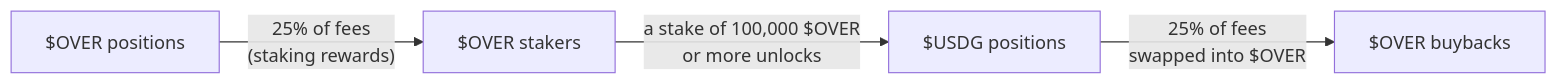
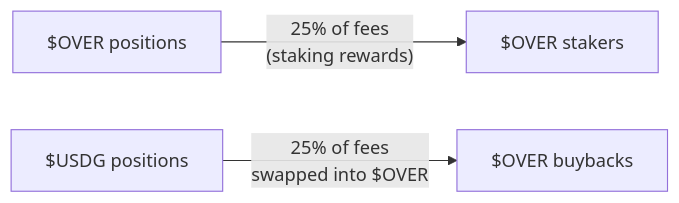
One commit to overcall/docs changed the diagram in docs/11-over-token.md. Above: the diagram before and after it, drawn with Mermaid. The commit also changed other lines of this file and 14 other files, not shown here.

First line of the commit message:
docs(usdg): state that $USDG positions need no stake

````diff
--- a/docs/11-over-token.md
+++ b/docs/11-over-token.md
@@ -11,6 +11,5 @@
 ```mermaid
 flowchart LR
     OP["$OVER positions"] -->|"25% of fees<br/>(staking rewards)"| ST["$OVER stakers"]
-    ST -->|"a stake of 100,000 $OVER<br/>or more unlocks"| UP["$USDG positions"]
-    UP -->|"25% of fees<br/>swapped into $OVER"| BB["$OVER buybacks"]
+    UP["$USDG positions"] -->|"25% of fees<br/>swapped into $OVER"| BB["$OVER buybacks"]
 ```
````
